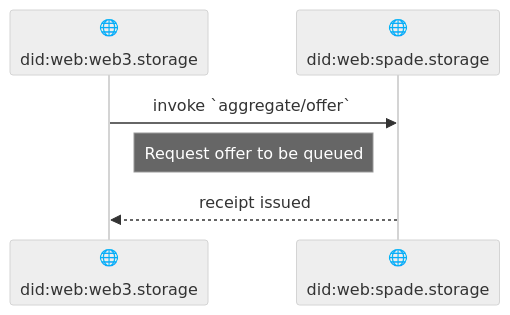
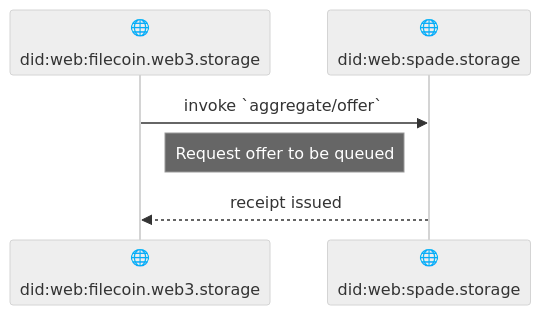
One commit to storacha/specs changed the third of 5 diagrams in w3-aggregation.md. Above: the diagram before and after it, drawn with Mermaid (neutral theme). The commit also changed other lines of this file and 1 other file, not shown here.

Commit message:
feat: aggregation spec with storefront and aggregator roles

````diff
--- a/w3-aggregation.md
+++ b/w3-aggregation.md
@@ -63,9 +100,9 @@
 ```mermaid
 sequenceDiagram
-    participant Storefront as 🌐<br/><br/>did:web:web3.storage
-    participant Authority as 🌐<br/><br/>did:web:spade.storage
+    participant Aggregator as 🌐<br/><br/>did:web:filecoin.web3.storage
+    participant Broker as 🌐<br/><br/>did:web:spade.storage
 
-    Storefront->>Authority: invoke `aggregate/offer`
-    Note left of Authority: Request offer to be queued
-    Authority-->>Storefront: receipt issued
+    Aggregator->>Broker: invoke `aggregate/offer`
+    Note left of Broker: Request offer to be queued
+    Broker-->>Aggregator: receipt issued
 ```
````
